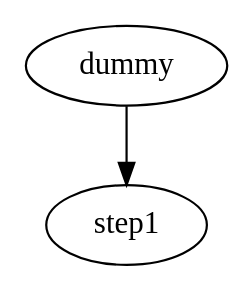
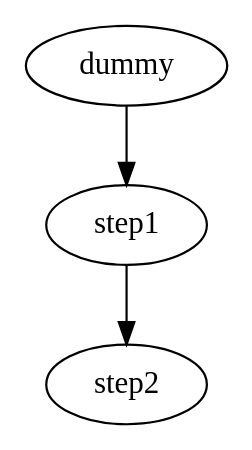
The diagram in examples/hive/hive.dot (crackcell/hpipe), drawn with Graphviz before and after one commit. The commit also changed 2 other files, not shown here.

Commit message:
bugfix: parse builtin varibales when vars is missing

```diff
--- a/examples/hive/hive.dot
+++ b/examples/hive/hive.dot
@@ -1,14 +1,20 @@
 digraph odps {
     step1 [
-                name="step1"
-                type="hive"
-                vars="$bizdate=${date:YYYYMMDD}"
-                output="/tmp/hpipe/examples/odps/output/${bizdate}/step1"
-                hql="select * from tb_game where date='${bizdate}';"
-                ]
+           name="step1"
+           type="hive"
+           vars="$bizdate=${date:YYYYMMDD}"
+           output="/tmp/hpipe/examples/hive/output/${bizdate}/step1"
+           hql="select * from tb_game where date='${bizdate}'"
+           ]
+    step2 [
+           name="step1"
+           type="hive"
+           output="/tmp/hpipe/examples/hive/output/${bizdate}/step1"
+           hql="select * from tb_game where date='${bizdate}'"
+           ]
     dummy [
            name="dummy"
            type="dummy"
            ]
-    dummy -> step1
+    dummy -> step1 -> step2
 }
```
